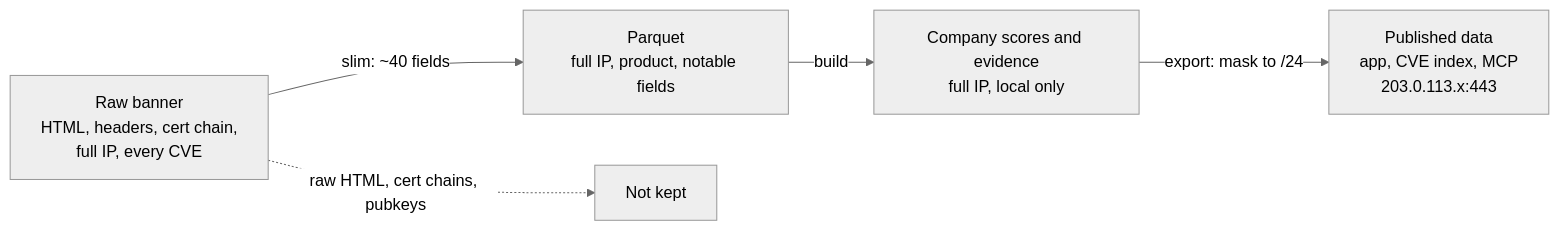
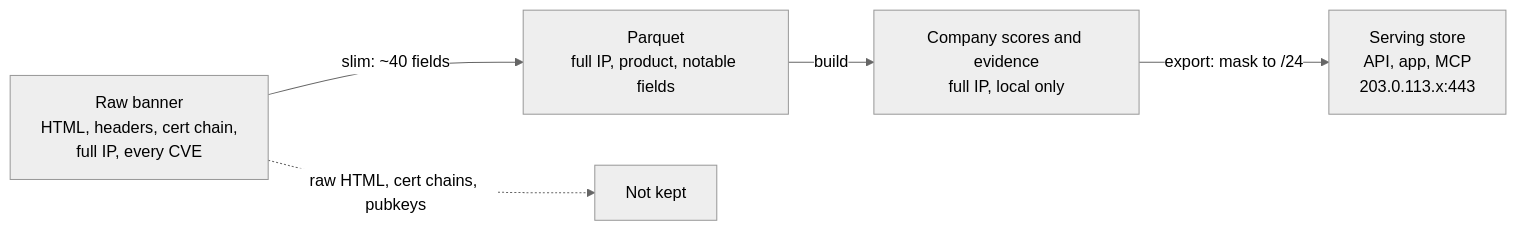
Before and after one commit to SahilChoudhary22/recon-sales-intelligence: the fourth of 5 diagrams in docs/architecture.md, drawn with Mermaid (neutral theme). The commit also changed other lines of this file and 38 other files, not shown here.

First line of the commit message:
Read API over a versioned serving store; multi-select, lists, saved searches

````diff
--- a/docs/architecture.md
+++ b/docs/architecture.md
@@ -110,7 +117,7 @@
 ```mermaid
 flowchart LR
   R["Raw banner<br/>HTML, headers, cert chain,<br/>full IP, every CVE"] -->|"slim: ~40 fields"| PQ["Parquet<br/>full IP, product, notable fields"]
   PQ -->|"build"| AC["Company scores and evidence<br/>full IP, local only"]
-  AC -->|"export: mask to /24"| PUB["Published data<br/>app, CVE index, MCP<br/>203.0.113.x:443"]
+  AC -->|"export: mask to /24"| PUB["Serving store<br/>API, app, MCP<br/>203.0.113.x:443"]
   R -.->|"raw HTML, cert chains, pubkeys"| DROP["Not kept"]
 ```
````
